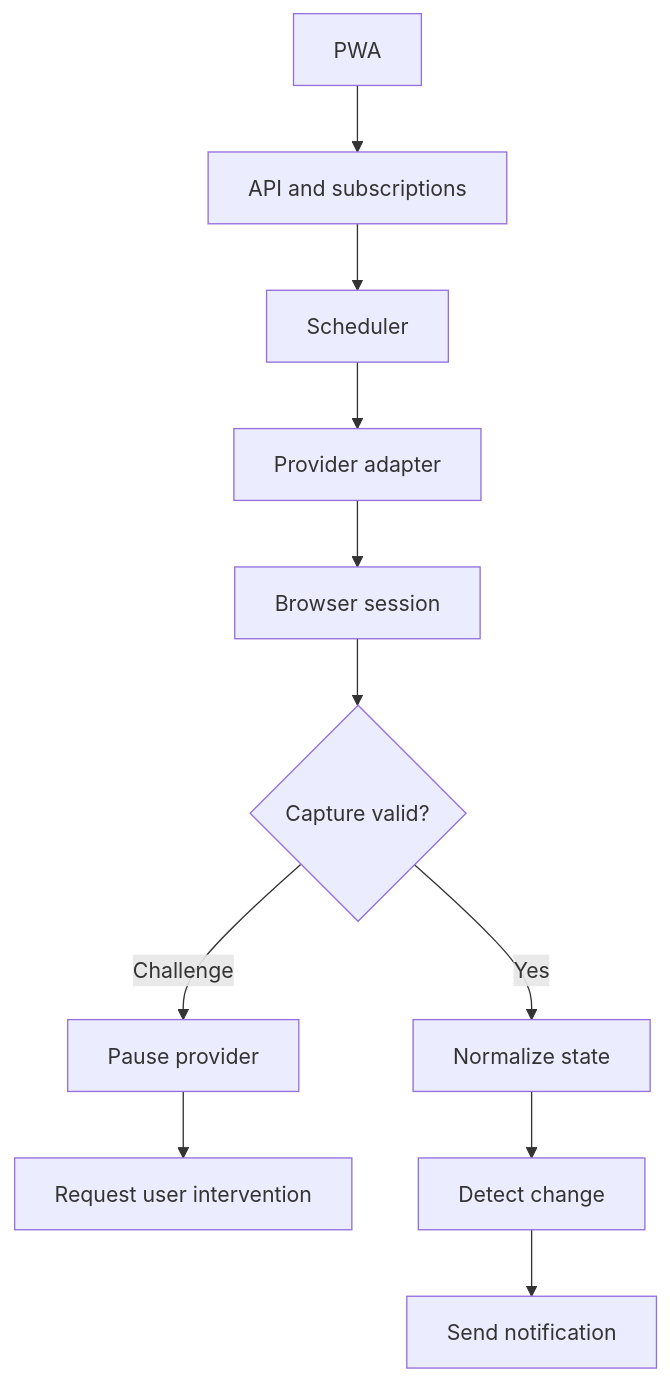
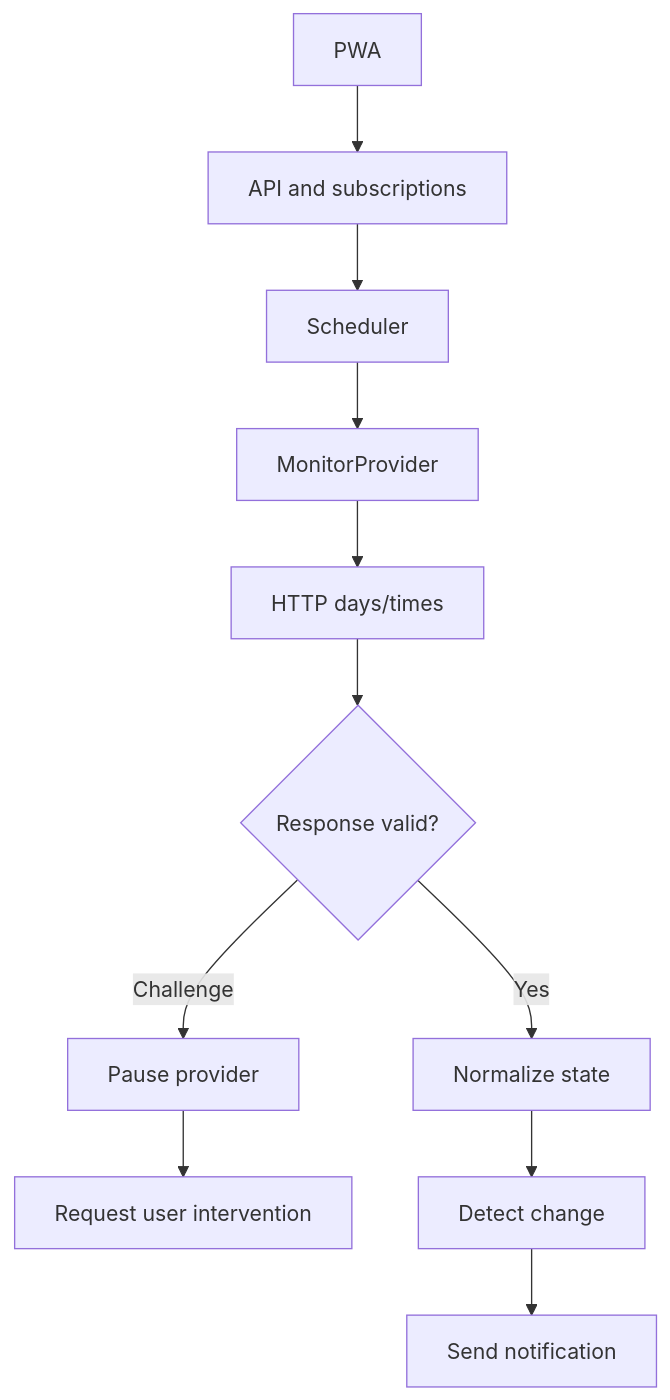
One commit to DorianGray-web/UA-Passport-Slot-Monitor changed the first of 2 diagrams in docs/ARCHITECTURE.md. Above: the diagram before and after it, drawn with Mermaid. The commit also changed other lines of this file and 39 other files, not shown here.

````diff
--- a/docs/ARCHITECTURE.md
+++ b/docs/ARCHITECTURE.md
@@ -9,13 +9,13 @@
 ```mermaid
 flowchart TD
     U["PWA"] --> API["API and subscriptions"]
     API --> S["Scheduler"]
-    S --> A["Provider adapter"]
-    A --> B["Browser session"]
-    B --> V{"Capture valid?"}
+    S --> A["MonitorProvider"]
+    A --> H["HTTP days/times"]
+    H --> V{"Response valid?"}
     V -->|Yes| N["Normalize state"]
     V -->|Challenge| P["Pause provider"]
     P --> I["Request user intervention"]
     N --> D["Detect change"]
     D --> M["Send notification"]
 ```
````
